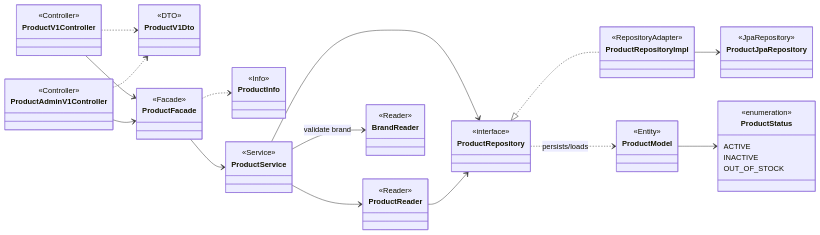
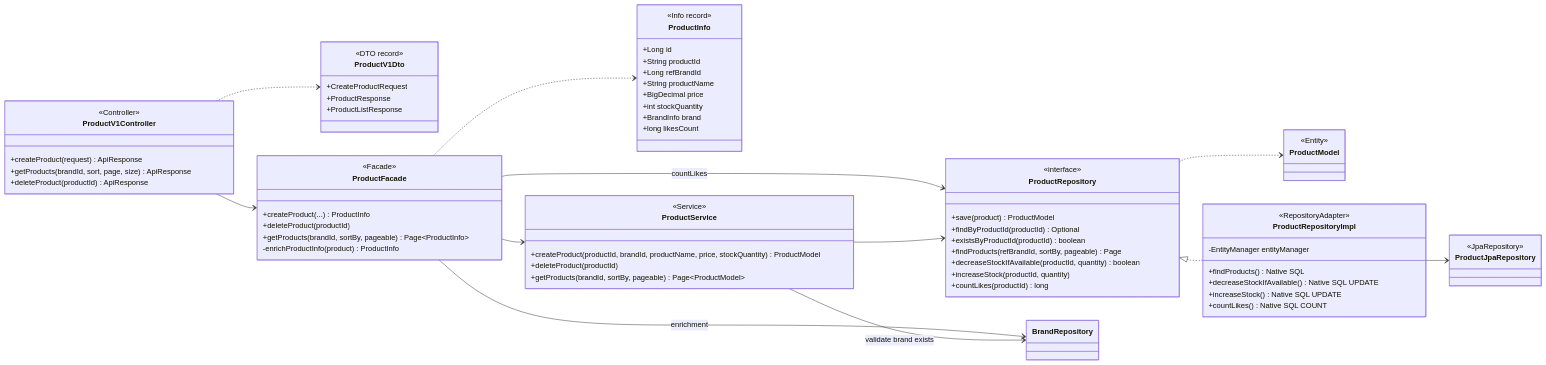
One commit to YoHanKi/loop-pack-be-l2-vol3-java changed the fourth of 8 diagrams in docs/design/03-class-diagram.md. Above: the diagram before and after it, drawn with Mermaid. The commit also changed other lines of this file and 2 other files, not shown here.

````diff
--- a/docs/design/03-class-diagram.md
+++ b/docs/design/03-class-diagram.md
@@ -223,75 +215,81 @@
 %% Interfaces
     class ProductV1Controller {
         <<Controller>>
-    }
-    class ProductAdminV1Controller {
-        <<Controller>>
+        +createProduct(request) ApiResponse
+        +getProducts(brandId, sort, page, size) ApiResponse
+        +deleteProduct(productId) ApiResponse
     }
     class ProductV1Dto {
-        <<DTO>>
+        <<DTO record>>
+        +CreateProductRequest
+        +ProductResponse
+        +ProductListResponse
     }
 
 %% Application
     class ProductFacade {
         <<Facade>>
+        +createProduct(...) ProductInfo
+        +deleteProduct(productId)
+        +getProducts(brandId, sortBy, pageable) Page~ProductInfo~
+        -enrichProductInfo(product) ProductInfo
     }
     class ProductInfo {
-        <<Info>>
+        <<Info record>>
+        +Long id
+        +String productId
+        +Long refBrandId
+        +String productName
+        +BigDecimal price
+        +int stockQuantity
+        +BrandInfo brand
+        +long likesCount
     }
 
 %% Domain
     class ProductService {
         <<Service>>
-    }
-    class ProductReader {
-        <<Reader>>
-    }
-    class BrandReader {
-        <<Reader>>
+        +createProduct(productId, brandId, productName, price, stockQuantity) ProductModel
+        +deleteProduct(productId)
+        +getProducts(brandId, sortBy, pageable) Page~ProductModel~
     }
     class ProductRepository {
         <<interface>>
+        +save(product) ProductModel
+        +findByProductId(productId) Optional
+        +existsByProductId(productId) boolean
+        +findProducts(refBrandId, sortBy, pageable) Page
+        +decreaseStockIfAvailable(productId, quantity) boolean
+        +increaseStock(productId, quantity)
+        +countLikes(productId) long
     }
     class ProductModel {
         <<Entity>>
-    }
-    class ProductStatus {
-        <<enumeration>>
-        ACTIVE
-        INACTIVE
-        OUT_OF_STOCK
     }
 
 %% Infrastructure
     class ProductRepositoryImpl {
         <<RepositoryAdapter>>
+        -EntityManager entityManager
+        +findProducts() Native SQL
+        +decreaseStockIfAvailable() Native SQL UPDATE
+        +increaseStock() Native SQL UPDATE
+        +countLikes() Native SQL COUNT
     }
     class ProductJpaRepository {
         <<JpaRepository>>
     }
 
-%% Relationships (dependency direction)
+%% Relationships
     ProductV1Controller --> ProductFacade
-    ProductAdminV1Controller --> ProductFacade
     ProductV1Controller ..> ProductV1Dto
-    ProductAdminV1Controller ..> ProductV1Dto
-
-%% Facade -> Service only (no direct Reader call)
     ProductFacade --> ProductService
+    ProductFacade --> ProductRepository : countLikes
+    ProductFacade --> BrandRepository : enrichment
     ProductFacade ..> ProductInfo
-
-%% Service owns query + command orchestration + validation
-    ProductService --> ProductReader
     ProductService --> ProductRepository
-    ProductReader --> ProductRepository
-
-    ProductService --> BrandReader : validate brand
-
-%% Port/Adapter
+    ProductService --> BrandRepository : validate brand exists
     ProductRepository <|.. ProductRepositoryImpl
     ProductRepositoryImpl --> ProductJpaRepository
-
-%% Domain relations
-    ProductModel --> ProductStatus
-    ProductRepository ..> ProductModel : persists/loads
+    ProductRepository ..> ProductModel
 ```
````
